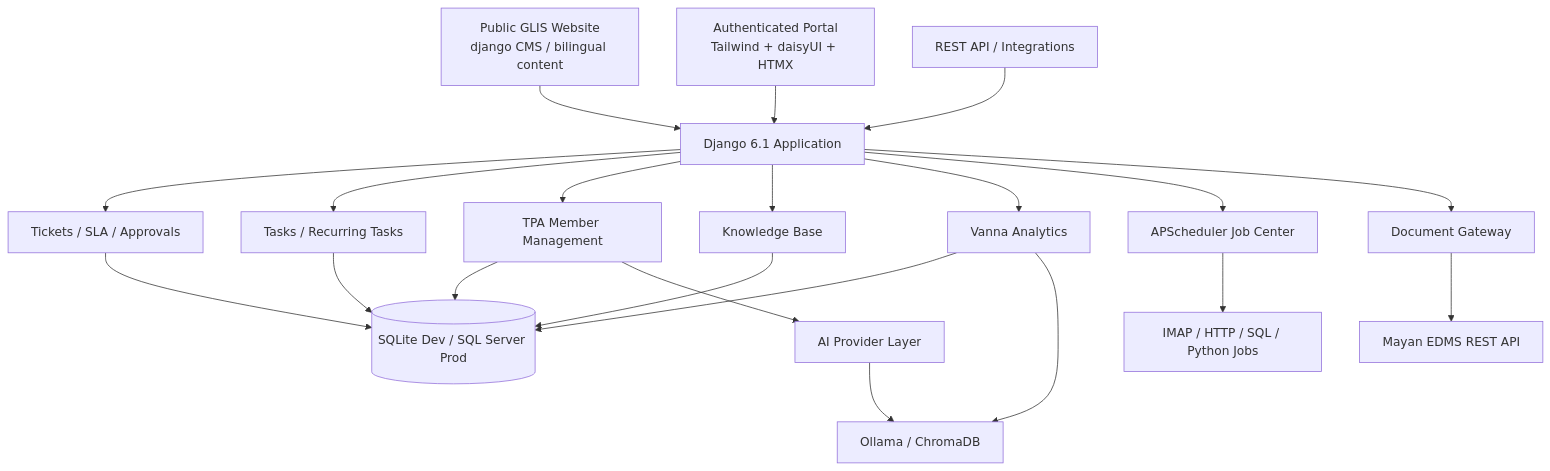
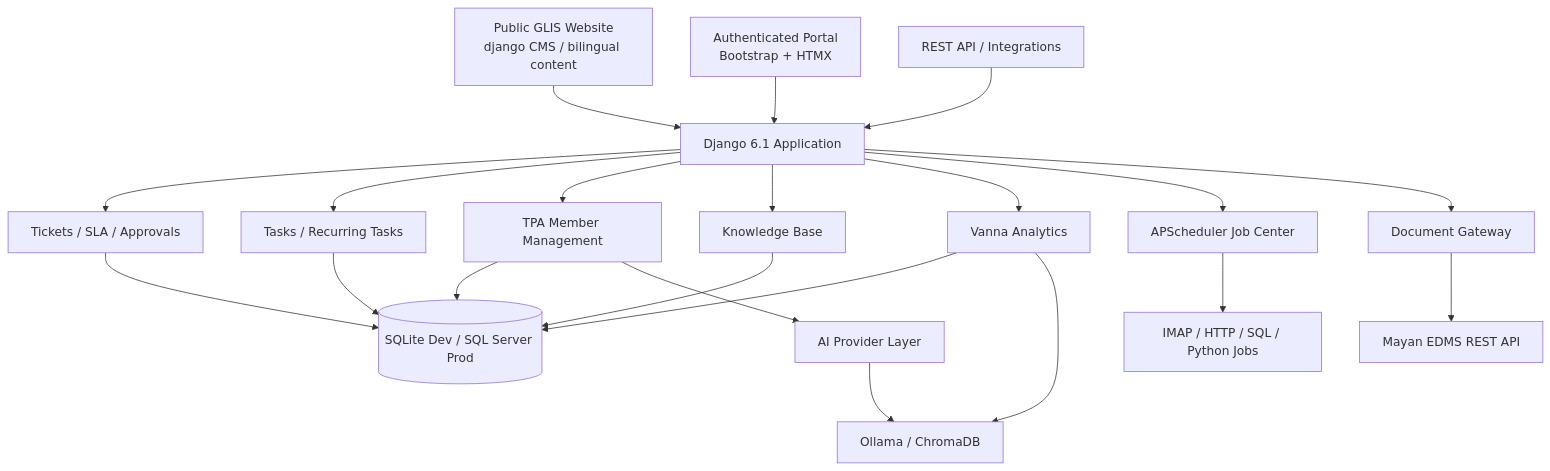
Before and after one commit to nasirsaikh/glis_enterprise_v3: the first of 3 diagrams in README.md, drawn with Mermaid. The commit also changed other lines of this file and 136 other files, not shown here.

```diff
--- a/README.md
+++ b/README.md
@@ -87,26 +86,26 @@
 ~~~mermaid
 flowchart TB
     Public["Public GLIS Website<br/>django CMS / bilingual content"] --> Django["Django 6.1 Application"]
-    Portal["Authenticated Portal<br/>Tailwind + daisyUI + HTMX"] --> Django
+    Portal["Authenticated Portal<br/>Bootstrap + HTMX"] --> Django
     API["REST API / Integrations"] --> Django
 
     Django --> Tickets["Tickets / SLA / Approvals"]
     Django --> Tasks["Tasks / Recurring Tasks"]
     Django --> TPA["TPA Member Management"]
     Django --> Knowledge["Knowledge Base"]
     Django --> Analytics["Vanna Analytics"]
     Django --> JobCenter["APScheduler Job Center"]
     Django --> Documents["Document Gateway"]
 
     Tickets --> DB[("SQLite Dev / SQL Server Prod")]
     Tasks --> DB
     TPA --> DB
     Knowledge --> DB
     Analytics --> DB
 
     TPA --> AI["AI Provider Layer"]
     Analytics --> Ollama["Ollama / ChromaDB"]
     AI --> Ollama
     Documents --> Mayan["Mayan EDMS REST API"]
     JobCenter --> Mail["IMAP / HTTP / SQL / Python Jobs"]
 ~~~
```
